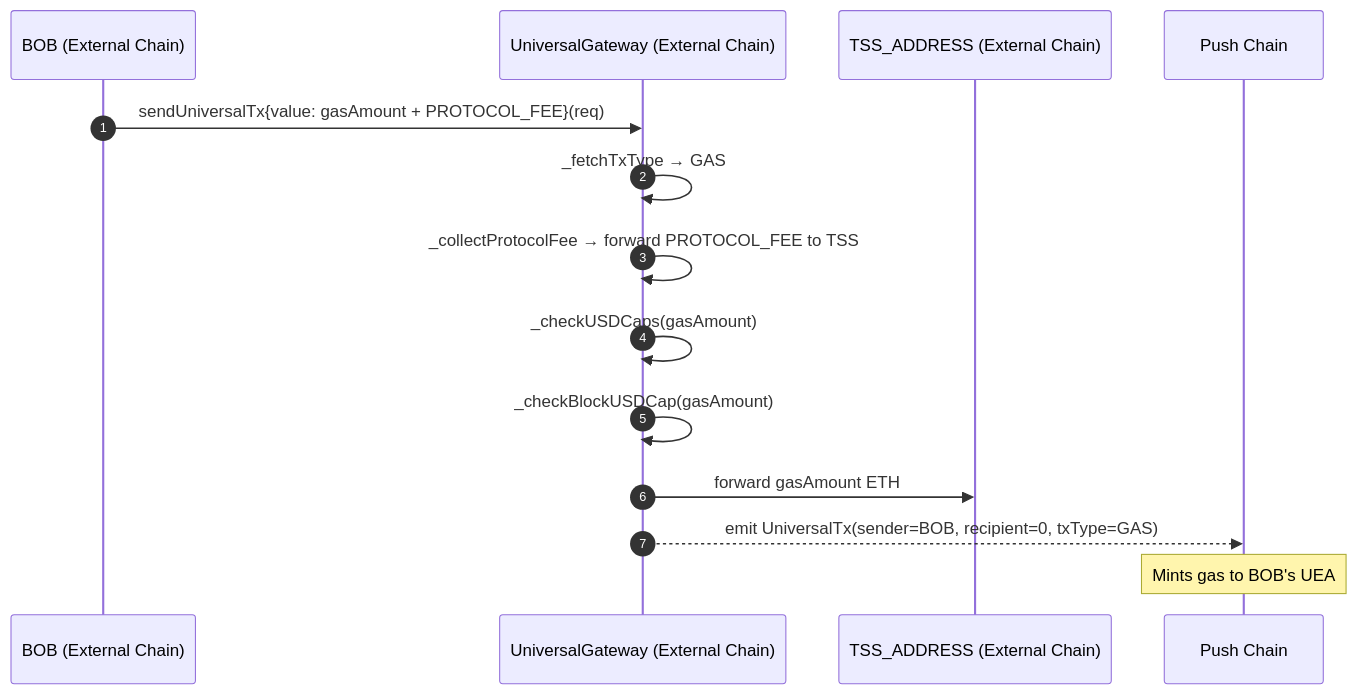
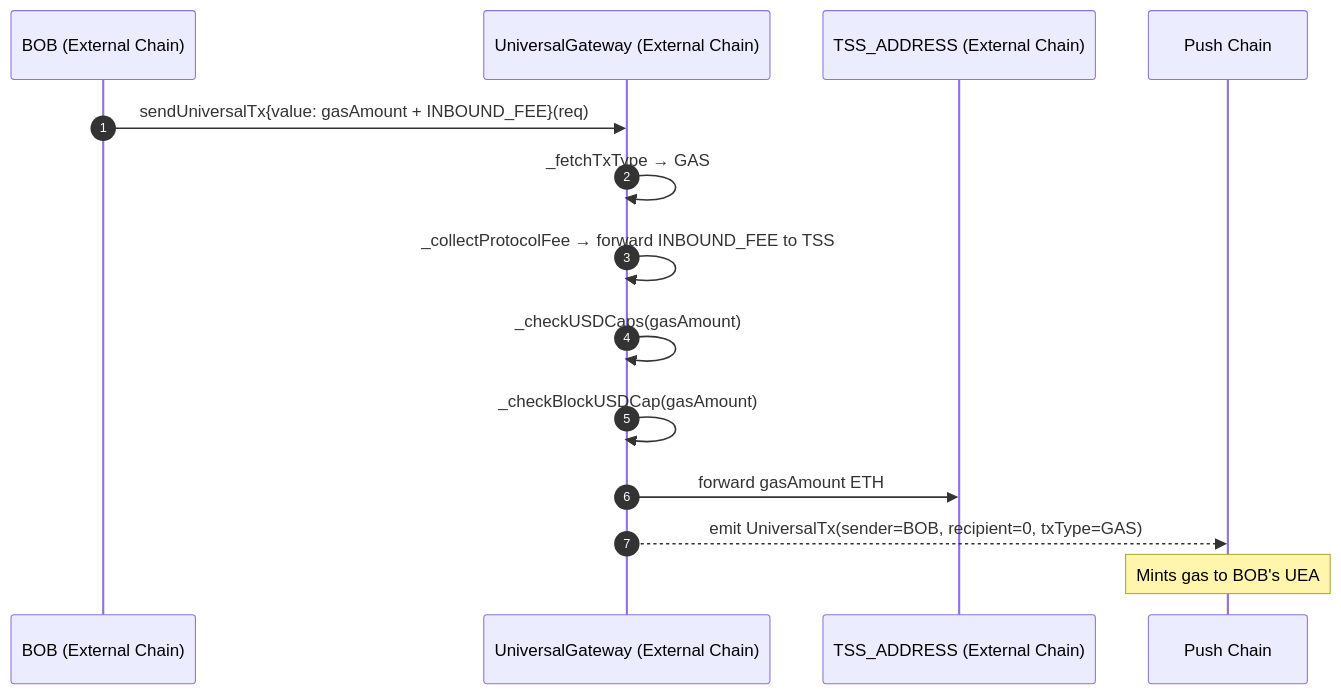
The first of 11 diagrams in contracts/evm-gateway/docs/5_InboundTx_Flows.md (pushchain/push-chain-gateway-contracts), drawn with Mermaid before and after one commit. The commit also changed other lines of this file and 7 other files, not shown here.

````diff
--- a/contracts/evm-gateway/docs/5_InboundTx_Flows.md
+++ b/contracts/evm-gateway/docs/5_InboundTx_Flows.md
@@ -155,17 +155,17 @@
 ```mermaid
 sequenceDiagram
     autonumber
     participant BOB as BOB (External Chain)
     participant GW as UniversalGateway (External Chain)
     participant TSS as TSS_ADDRESS (External Chain)
     participant PC as Push Chain
 
-    BOB->>GW: sendUniversalTx{value: gasAmount + PROTOCOL_FEE}(req)
+    BOB->>GW: sendUniversalTx{value: gasAmount + INBOUND_FEE}(req)
     GW->>GW: _fetchTxType → GAS
-    GW->>GW: _collectProtocolFee → forward PROTOCOL_FEE to TSS
+    GW->>GW: _collectProtocolFee → forward INBOUND_FEE to TSS
     GW->>GW: _checkUSDCaps(gasAmount)
     GW->>GW: _checkBlockUSDCap(gasAmount)
     GW->>TSS: forward gasAmount ETH
     GW-->>PC: emit UniversalTx(sender=BOB, recipient=0, txType=GAS)
     Note over PC: Mints gas to BOB's UEA
 ```
````
